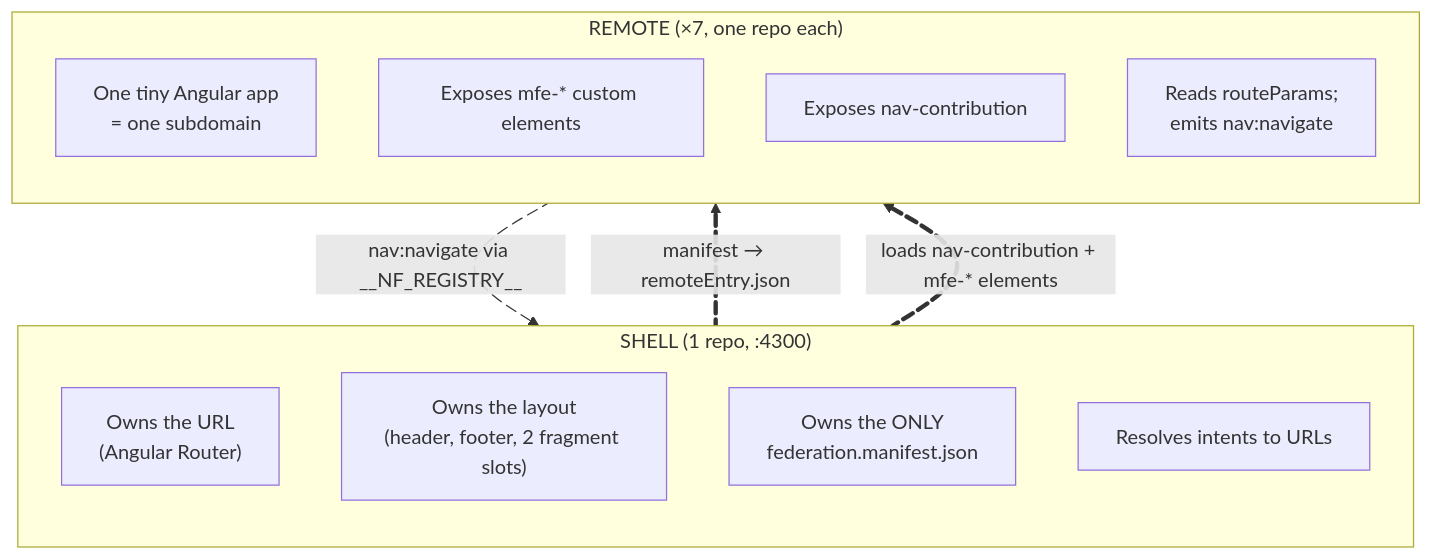
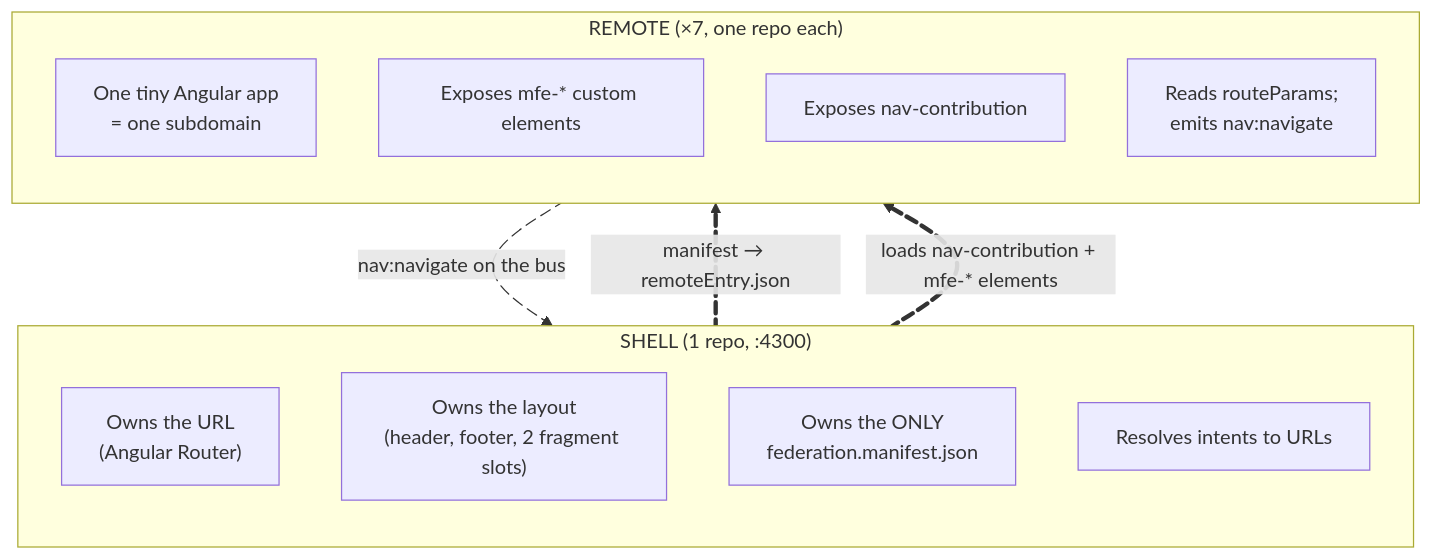
One commit to native-federation/playground changed the first of 2 diagrams in angular/cinema/docs/architecture.md. Above: the diagram before and after it, drawn with Mermaid. The commit also changed other lines of this file and 124 other files, not shown here.

````diff
--- a/angular/cinema/docs/architecture.md
+++ b/angular/cinema/docs/architecture.md
@@ -12,26 +12,26 @@
 ```mermaid
 flowchart TD
     subgraph ShellSide["SHELL (1 repo, :4300)"]
         direction TB
         SA["Owns the URL<br/>(Angular Router)"]
         SB["Owns the layout<br/>(header, footer, 2 fragment slots)"]
         SC["Owns the ONLY<br/>federation.manifest.json"]
         SD["Resolves intents to URLs"]
     end
 
     subgraph RemoteSide["REMOTE (×7, one repo each)"]
         direction TB
         RA["One tiny Angular app<br/>= one subdomain"]
         RB["Exposes mfe-* custom elements"]
         RC["Exposes nav-contribution"]
         RD["Reads routeParams;<br/>emits nav:navigate"]
     end
 
     ShellSide e1@==>|"manifest → remoteEntry.json"| RemoteSide
     ShellSide e2@==>|"loads nav-contribution + mfe-* elements"| RemoteSide
-    RemoteSide e3@-->|"nav:navigate via __NF_REGISTRY__"| ShellSide
+    RemoteSide e3@-->|"nav:navigate on the bus"| ShellSide
 
     e1@{animate: true}
     e2@{animate: true}
     e3@{animate: true}
 ```
````
